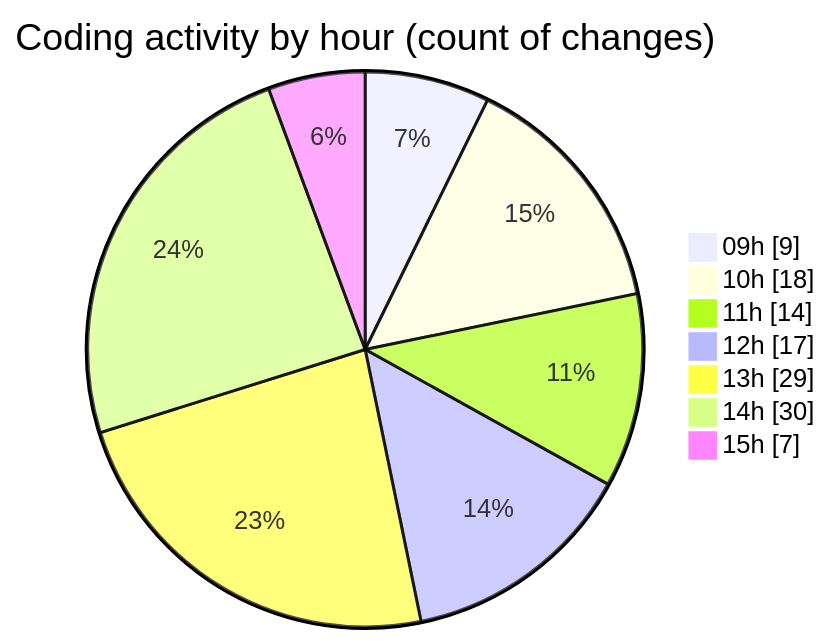
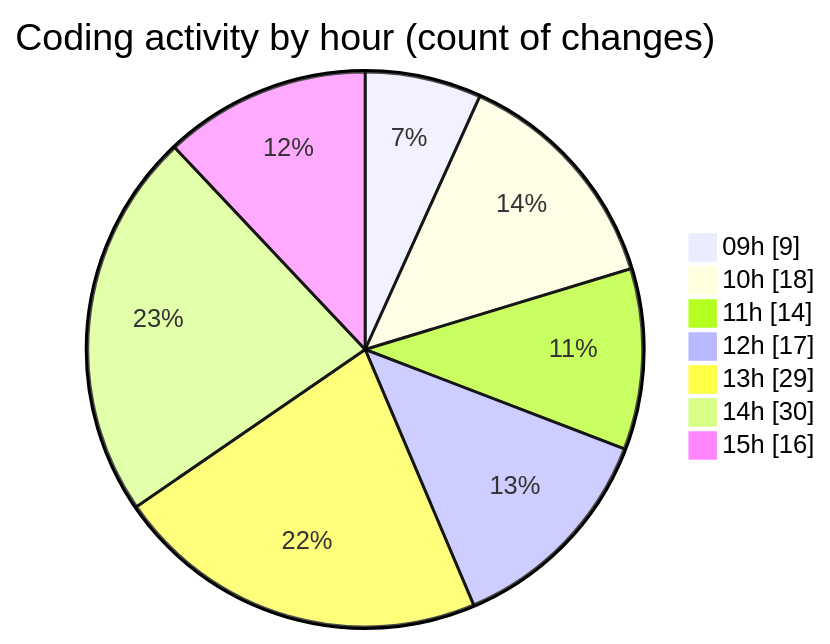
The second of 2 diagrams in 2025-03-24/cda/README.md (momahboobian/code-tracking), drawn with Mermaid before and after one commit. The commit also changed other lines of this file and 1 other file, not shown here.

````diff
--- a/2025-03-24/cda/README.md
+++ b/2025-03-24/cda/README.md
@@ -54,11 +54,11 @@
 ```mermaid
 pie showData
 title Coding activity by hour (count of changes)
 "09h" : 9
 "10h" : 18
 "11h" : 14
 "12h" : 17
 "13h" : 29
 "14h" : 30
-"15h" : 7
+"15h" : 16
 ```
````
